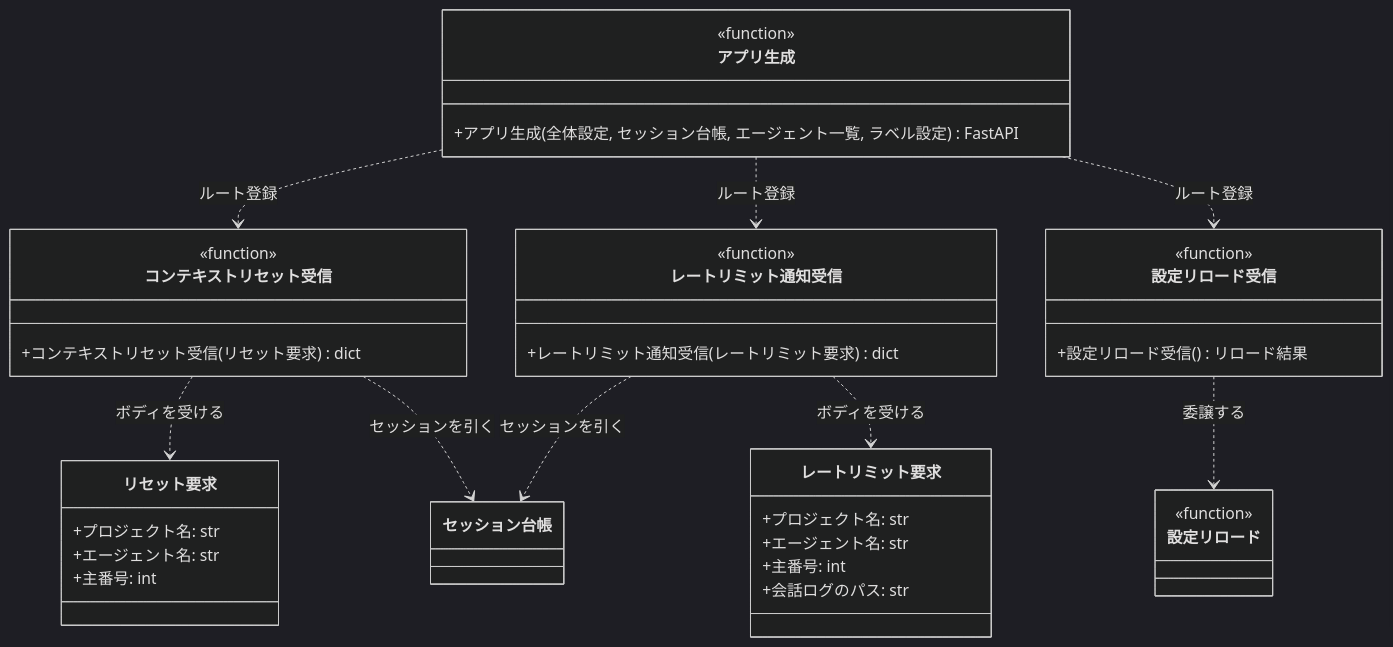
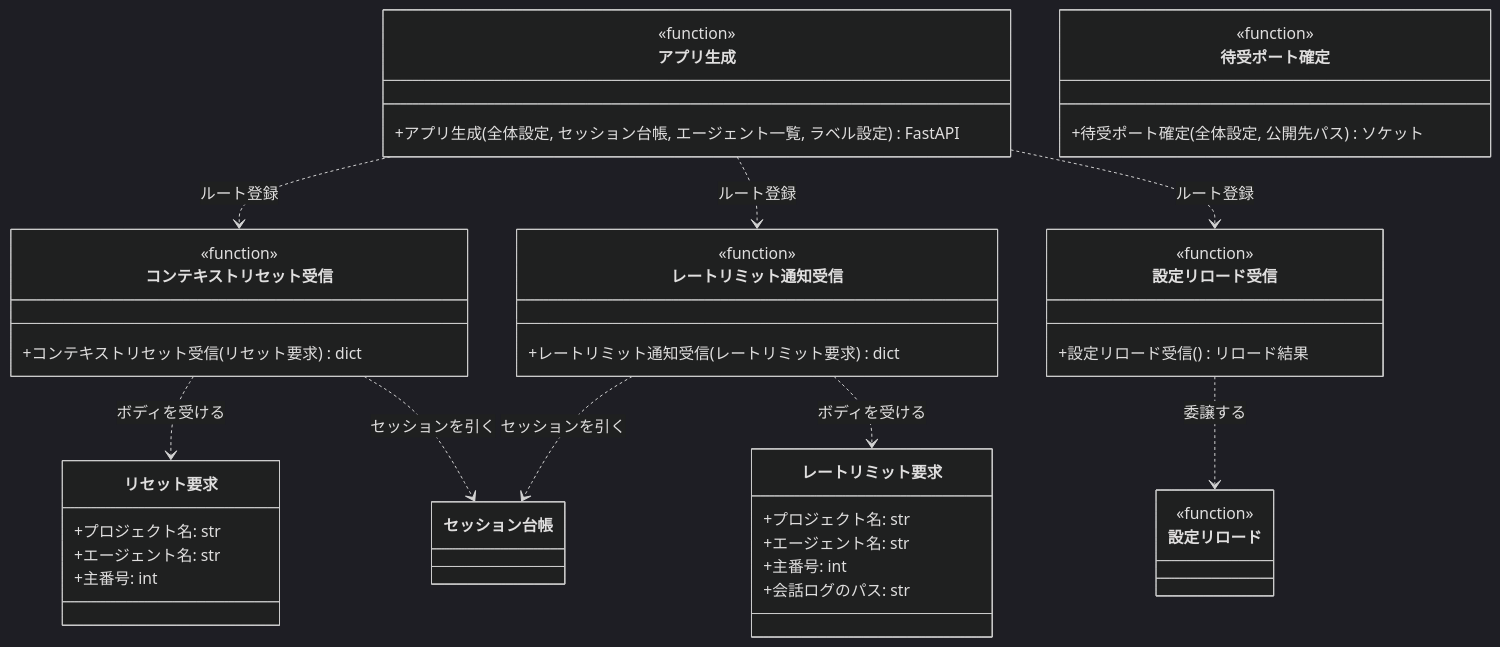
The diagram in docs/wiki/設計図/モジュール構成/モニター/HTTP受信.py.md (shuhei1101/ai-monitor), drawn with Mermaid (dark theme) before and after one commit. The commit also changed other lines of this file and 10 other files, not shown here.

````diff
--- a/docs/wiki/設計図/モジュール構成/モニター/HTTP受信.py.md
+++ b/docs/wiki/設計図/モジュール構成/モニター/HTTP受信.py.md
@@ -33,61 +35,67 @@
 ```mermaid
 classDiagram
   direction TD
   アプリ生成 ..> コンテキストリセット受信 : ルート登録
   アプリ生成 ..> レートリミット通知受信 : ルート登録
   アプリ生成 ..> 設定リロード受信 : ルート登録
   コンテキストリセット受信 ..> リセット要求 : ボディを受ける
   レートリミット通知受信 ..> レートリミット要求 : ボディを受ける
   コンテキストリセット受信 ..> セッション台帳 : セッションを引く
   レートリミット通知受信 ..> セッション台帳 : セッションを引く
   設定リロード受信 ..> 設定リロード : 委譲する
 
   class アプリ生成 {
     <<function>>
     +アプリ生成(全体設定, セッション台帳, エージェント一覧, ラベル設定) FastAPI
   }
 
   class コンテキストリセット受信 {
     <<function>>
     +コンテキストリセット受信(リセット要求) dict
   }
 
   class レートリミット通知受信 {
     <<function>>
     +レートリミット通知受信(レートリミット要求) dict
   }
 
   class リセット要求 {
     +プロジェクト名: str
     +エージェント名: str
     +主番号: int
   }
 
   class レートリミット要求 {
     +プロジェクト名: str
     +エージェント名: str
     +主番号: int
     +会話ログのパス: str
   }
 
   class 設定リロード受信 {
     <<function>>
     +設定リロード受信() リロード結果
   }
 
   class セッション台帳 {
   }
 
   class 設定リロード {
     <<function>>
   }
 
+  class 待受ポート確定 {
+    <<function>>
+    +待受ポート確定(全体設定, 公開先パス) ソケット
+  }
+
   click アプリ生成 href "#アプリ生成"
   click コンテキストリセット受信 href "#コンテキストリセット受信"
   click レートリミット通知受信 href "#レートリミット通知受信"
   click 設定リロード受信 href "#設定リロード受信"
   click リセット要求 href "#リセット要求"
   click レートリミット要求 href "#レートリミット要求"
   click セッション台帳 href "./エージェント管理.py.md#セッション台帳"
   click 設定リロード href "./設定リロード.py.md#設定リロード"
+  click 待受ポート確定 href "#待受ポート確定"
 ```
````
